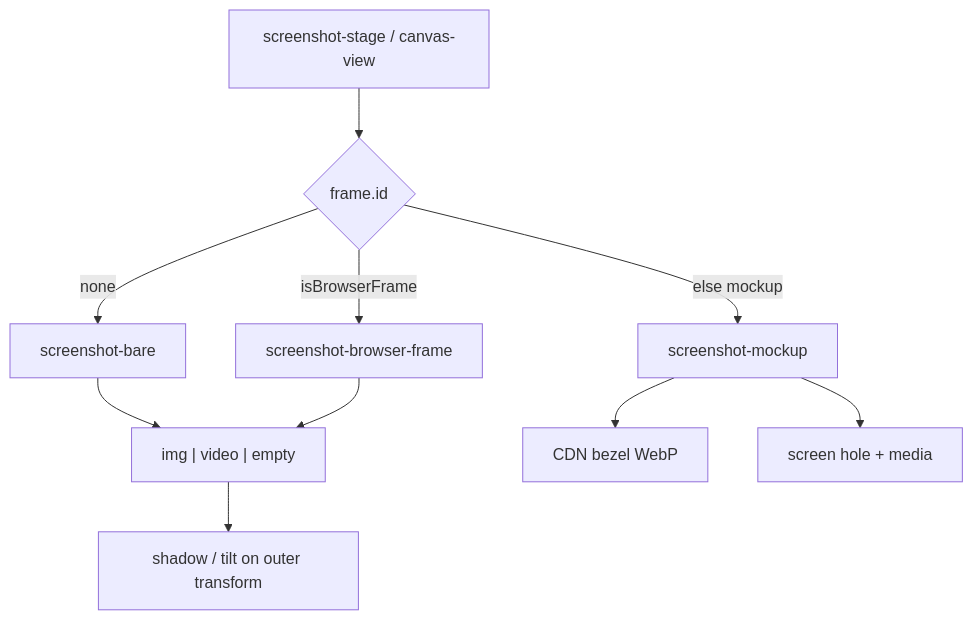
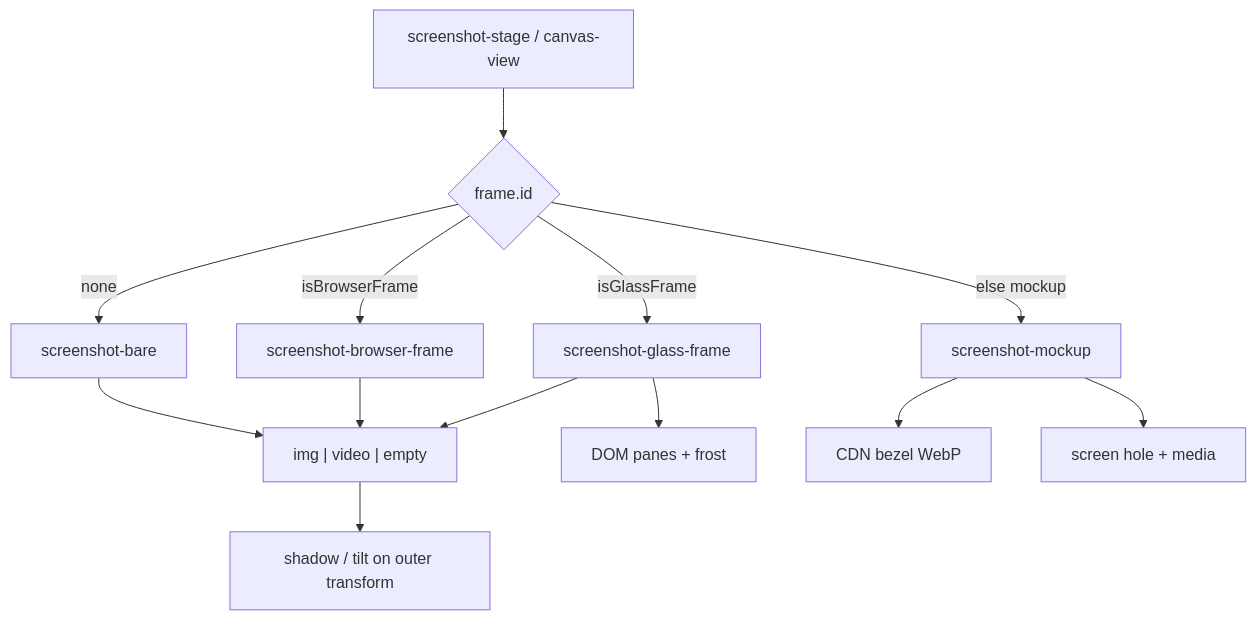
One commit to ShivaBhattacharjee/Tokokino changed the second of 3 diagrams in wiki/core/device-frames.md. Above: the diagram before and after it, drawn with Mermaid. The commit also changed other lines of this file and 13 other files, not shown here.

````diff
--- a/wiki/core/device-frames.md
+++ b/wiki/core/device-frames.md
@@ -127,13 +181,16 @@
 ```mermaid
 flowchart TB
   Stage["screenshot-stage / canvas-view"]
   Stage --> Decide{"frame.id"}
   Decide -->|none| Bare["screenshot-bare"]
   Decide -->|isBrowserFrame| Browser["screenshot-browser-frame"]
+  Decide -->|isGlassFrame| Glass["screenshot-glass-frame"]
   Decide -->|else mockup| Mock["screenshot-mockup"]
   Bare --> Media["img | video | empty"]
   Browser --> Media
+  Glass --> Panes["DOM panes + frost"]
+  Glass --> Media
   Mock --> Bezel["CDN bezel WebP"]
   Mock --> Hole["screen hole + media"]
   Media --> FX["shadow / tilt on outer transform"]
 ```
````
